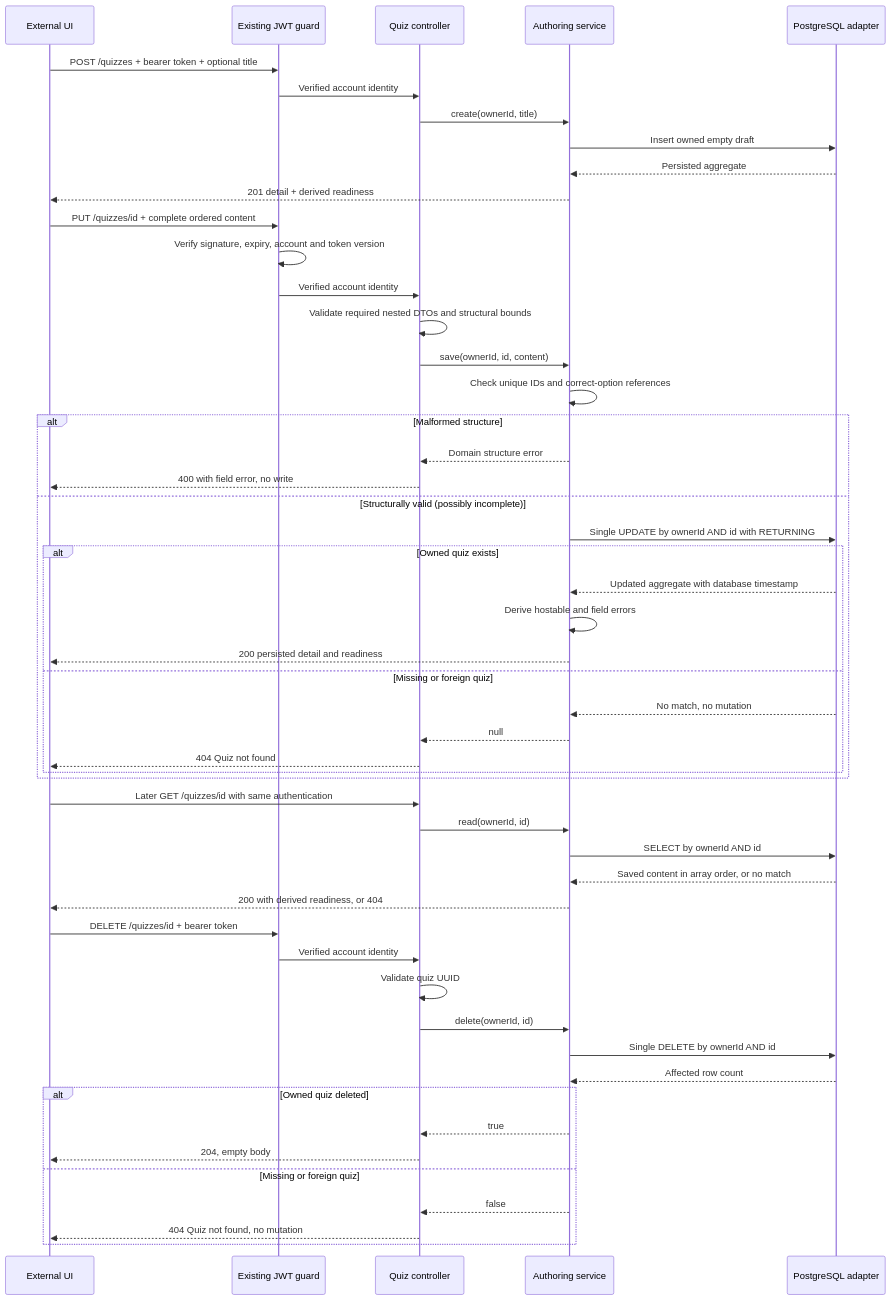
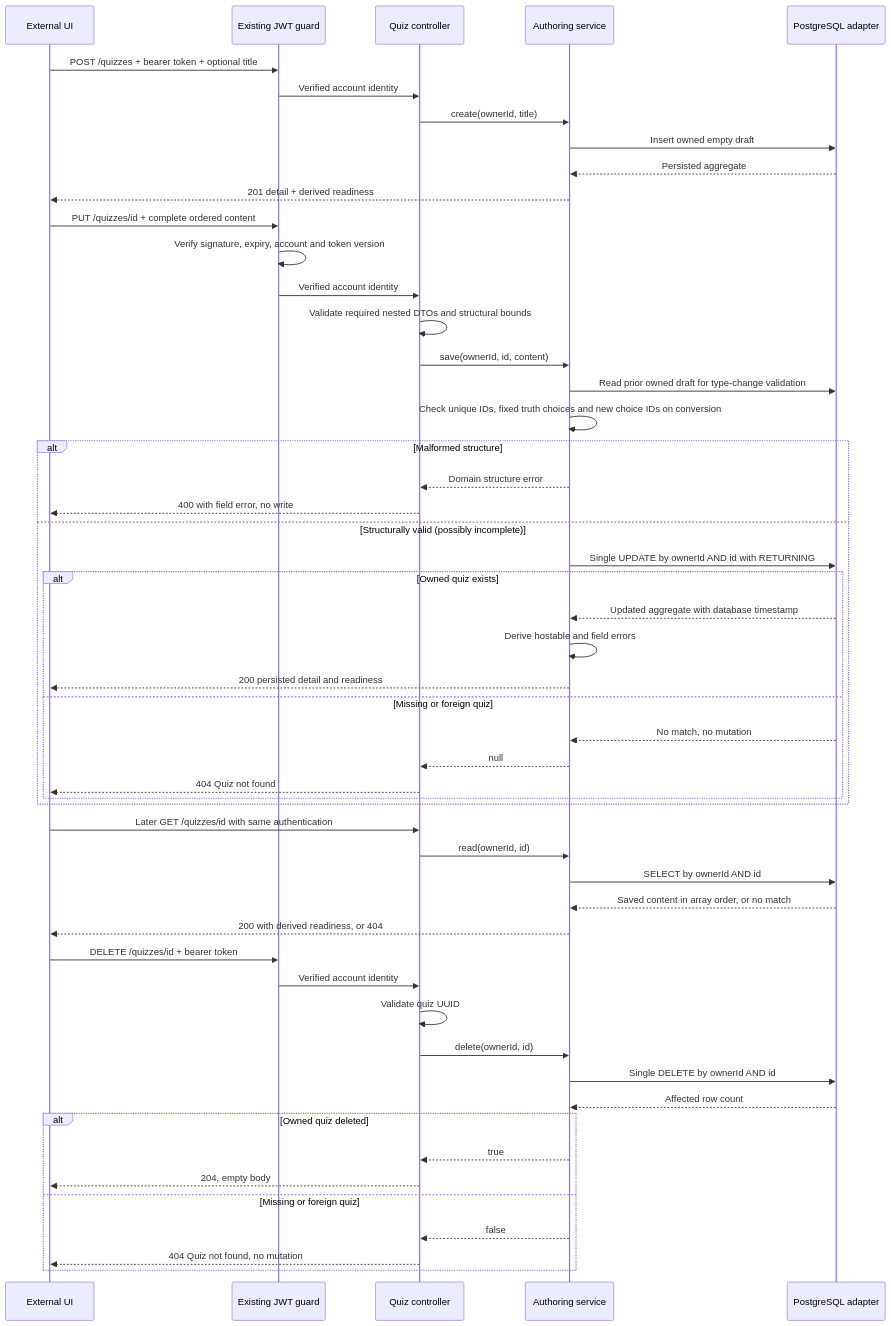
The second of 3 diagrams in docs/architecture/quiz-drafts.md (CusmaLinux/robinhoot), drawn with Mermaid before and after one commit. The commit also changed other lines of this file and 37 other files, not shown here.

````diff
--- a/docs/architecture/quiz-drafts.md
+++ b/docs/architecture/quiz-drafts.md
@@ -21,53 +21,54 @@
 ```mermaid
 sequenceDiagram
     participant UI as External UI
     participant Auth as Existing JWT guard
     participant HTTP as Quiz controller
     participant App as Authoring service
     participant DB as PostgreSQL adapter
     UI->>Auth: POST /quizzes + bearer token + optional title
     Auth->>HTTP: Verified account identity
     HTTP->>App: create(ownerId, title)
     App->>DB: Insert owned empty draft
     DB-->>App: Persisted aggregate
     App-->>UI: 201 detail + derived readiness
     UI->>Auth: PUT /quizzes/id + complete ordered content
     Auth->>Auth: Verify signature, expiry, account and token version
     Auth->>HTTP: Verified account identity
     HTTP->>HTTP: Validate required nested DTOs and structural bounds
     HTTP->>App: save(ownerId, id, content)
-    App->>App: Check unique IDs and correct-option references
+    App->>DB: Read prior owned draft for type-change validation
+    App->>App: Check unique IDs, fixed truth choices and new choice IDs on conversion
     alt Malformed structure
       App-->>HTTP: Domain structure error
       HTTP-->>UI: 400 with field error, no write
     else Structurally valid (possibly incomplete)
       App->>DB: Single UPDATE by ownerId AND id with RETURNING
       alt Owned quiz exists
         DB-->>App: Updated aggregate with database timestamp
         App->>App: Derive hostable and field errors
         App-->>UI: 200 persisted detail and readiness
       else Missing or foreign quiz
         DB-->>App: No match, no mutation
         App-->>HTTP: null
         HTTP-->>UI: 404 Quiz not found
       end
     end
     UI->>HTTP: Later GET /quizzes/id with same authentication
     HTTP->>App: read(ownerId, id)
     App->>DB: SELECT by ownerId AND id
     DB-->>App: Saved content in array order, or no match
     App-->>UI: 200 with derived readiness, or 404
     UI->>Auth: DELETE /quizzes/id + bearer token
     Auth->>HTTP: Verified account identity
     HTTP->>HTTP: Validate quiz UUID
     HTTP->>App: delete(ownerId, id)
     App->>DB: Single DELETE by ownerId AND id
     DB-->>App: Affected row count
     alt Owned quiz deleted
       App-->>HTTP: true
       HTTP-->>UI: 204, empty body
     else Missing or foreign quiz
       App-->>HTTP: false
       HTTP-->>UI: 404 Quiz not found, no mutation
     end
 ```
````
